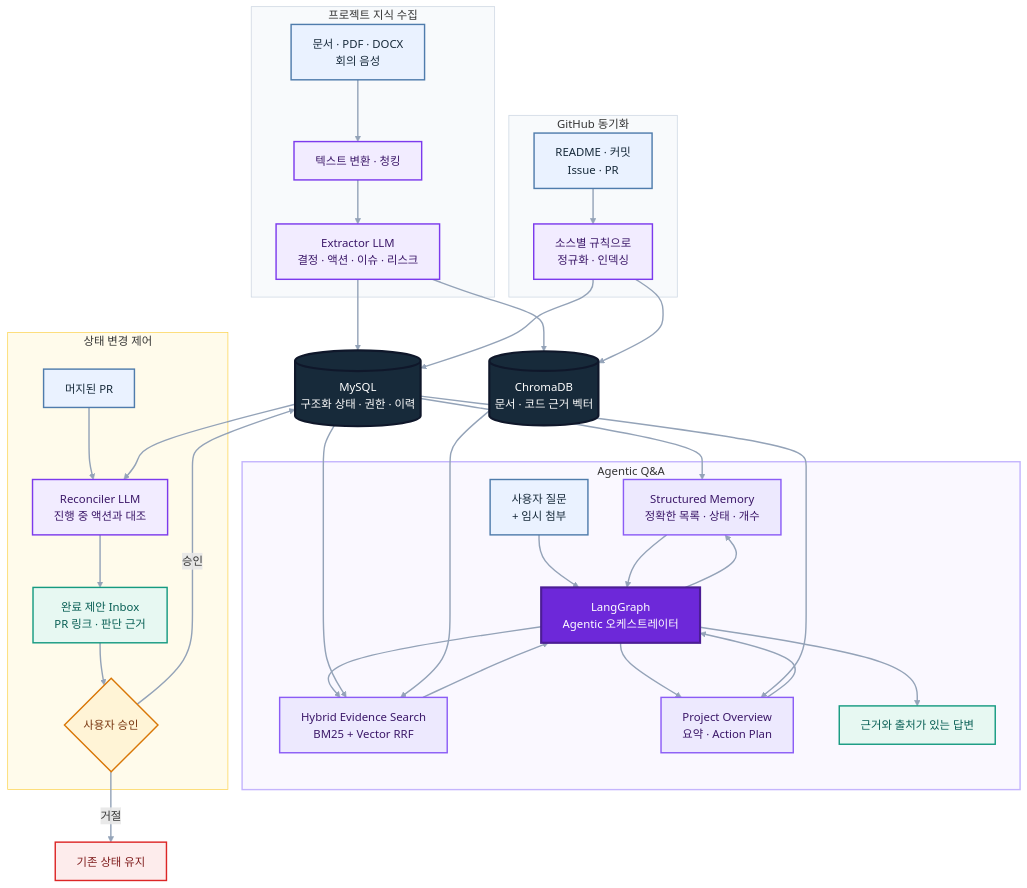
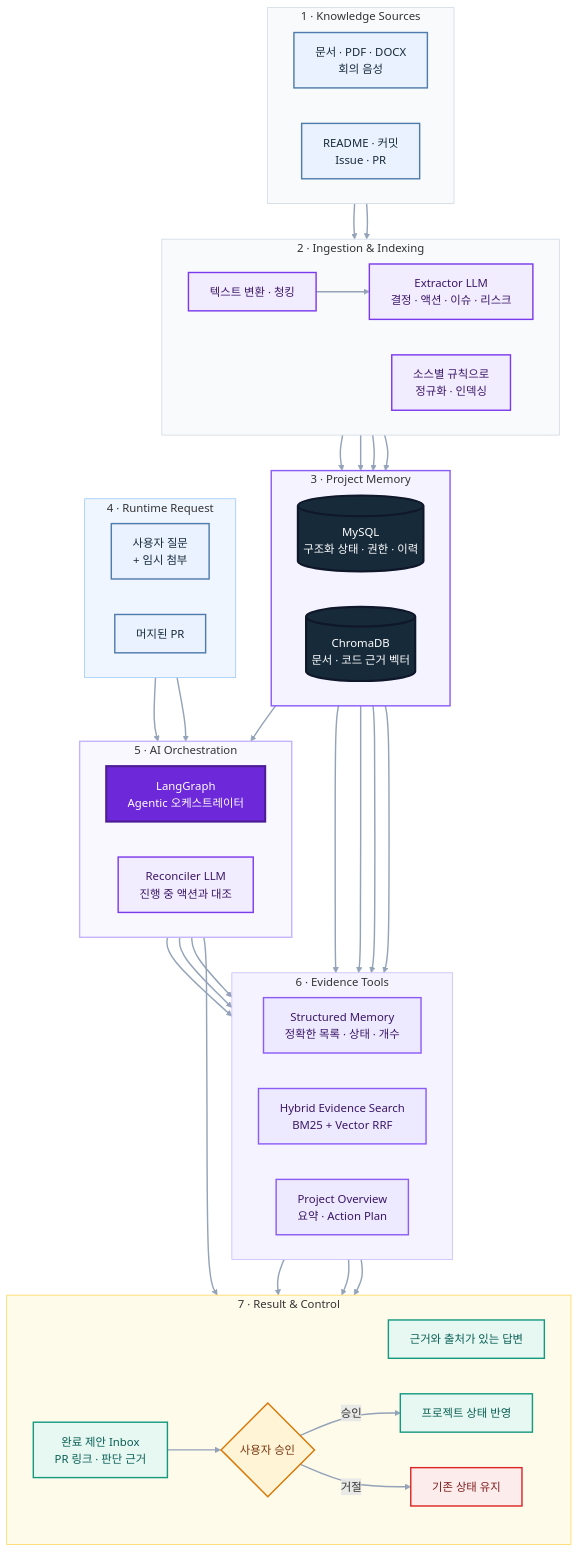
One commit to SKNETWORKS-FAMILY-AICAMP/SKN30-4th-1Team changed the second of 2 diagrams in README.md. Above: the diagram before and after it, drawn with Mermaid. The commit also changed other lines of this file, not shown here.

Commit message:
docs: organize diagrams by processing hierarchy

````diff
--- a/README.md
+++ b/README.md
@@ -151,61 +166,72 @@
 ```mermaid
 flowchart TB
-    subgraph Ingestion["프로젝트 지식 수집"]
+    subgraph Inputs["1 · Knowledge Sources"]
+        direction LR
         INPUT["문서 · PDF · DOCX<br/>회의 음성"]
+        REPO["README · 커밋<br/>Issue · PR"]
+    end
+
+    subgraph Ingestion["2 · Ingestion & Indexing"]
+        direction LR
         CONVERT["텍스트 변환 · 청킹"]
         EXTRACT["Extractor LLM<br/>결정 · 액션 · 이슈 · 리스크"]
-        INPUT --> CONVERT --> EXTRACT
+        INDEX["소스별 규칙으로<br/>정규화 · 인덱싱"]
     end
 
-    subgraph GitHub["GitHub 동기화"]
-        REPO["README · 커밋<br/>Issue · PR"]
-        INDEX["소스별 규칙으로<br/>정규화 · 인덱싱"]
-        REPO --> INDEX
+    INPUT --> CONVERT --> EXTRACT
+    REPO --> INDEX
+
+    subgraph Storage["3 · Project Memory"]
+        direction LR
+        MYSQL[("MySQL<br/>구조화 상태 · 권한 · 이력")]
+        CHROMA[("ChromaDB<br/>문서 · 코드 근거 벡터")]
     end
 
-    MYSQL[("MySQL<br/>구조화 상태 · 권한 · 이력")]
-    CHROMA[("ChromaDB<br/>문서 · 코드 근거 벡터")]
+    EXTRACT --> MYSQL & CHROMA
+    INDEX --> MYSQL & CHROMA
 
-    EXTRACT --> MYSQL
-    EXTRACT --> CHROMA
-    INDEX --> MYSQL
-    INDEX --> CHROMA
+    subgraph Request["4 · Runtime Request"]
+        direction LR
+        QUESTION["사용자 질문<br/>+ 임시 첨부"]
+        MERGED["머지된 PR"]
+    end
 
-    subgraph QA["Agentic Q&A"]
-        QUESTION["사용자 질문<br/>+ 임시 첨부"]
+    subgraph Orchestration["5 · AI Orchestration"]
+        direction LR
         AGENT["LangGraph<br/>Agentic 오케스트레이터"]
+        RECONCILER["Reconciler LLM<br/>진행 중 액션과 대조"]
+    end
+
+    QUESTION --> AGENT
+    MERGED --> RECONCILER
+
+    subgraph Tools["6 · Evidence Tools"]
+        direction LR
         SQL_TOOL["Structured Memory<br/>정확한 목록 · 상태 · 개수"]
         SEARCH_TOOL["Hybrid Evidence Search<br/>BM25 + Vector RRF"]
         OVERVIEW_TOOL["Project Overview<br/>요약 · Action Plan"]
-        ANSWER["근거와 출처가 있는 답변"]
-
-        QUESTION --> AGENT
-        AGENT --> SQL_TOOL
-        AGENT --> SEARCH_TOOL
-        AGENT --> OVERVIEW_TOOL
-        SQL_TOOL --> AGENT
-        SEARCH_TOOL --> AGENT
-        OVERVIEW_TOOL --> AGENT
-        AGENT --> ANSWER
     end
 
-    MYSQL --> SQL_TOOL
-    MYSQL --> OVERVIEW_TOOL
-    MYSQL --> SEARCH_TOOL
+    AGENT --> SQL_TOOL & SEARCH_TOOL & OVERVIEW_TOOL
+    MYSQL --> SQL_TOOL & SEARCH_TOOL & OVERVIEW_TOOL
     CHROMA --> SEARCH_TOOL
+    MYSQL --> RECONCILER
 
-    subgraph Reconciler["상태 변경 제어"]
-        MERGED["머지된 PR"]
-        MATCH["Reconciler LLM<br/>진행 중 액션과 대조"]
+    subgraph Results["7 · Result & Control"]
+        direction LR
+        ANSWER["근거와 출처가 있는 답변"]
         INBOX["완료 제안 Inbox<br/>PR 링크 · 판단 근거"]
         APPROVAL{"사용자 승인"}
-
-        MERGED --> MATCH --> INBOX --> APPROVAL
+        APPLY["프로젝트 상태 반영"]
+        KEEP["기존 상태 유지"]
     end
 
-    MYSQL --> MATCH
-    APPROVAL -->|승인| MYSQL
-    APPROVAL -->|거절| KEEP["기존 상태 유지"]
+    SQL_TOOL --> ANSWER
+    SEARCH_TOOL --> ANSWER
+    OVERVIEW_TOOL --> ANSWER
+    RECONCILER --> INBOX --> APPROVAL
+    APPROVAL -->|승인| APPLY
+    APPROVAL -->|거절| KEEP
 
     classDef input fill:#EAF2FF,stroke:#4F7CAC,color:#172A3A,stroke-width:2px
     classDef transform fill:#F2ECFF,stroke:#7C3AED,color:#3B1768,stroke-width:2px
@@ -217,17 +243,20 @@
     classDef reject fill:#FDECEC,stroke:#DC2626,color:#7F1D1D,stroke-width:2px
 
     class INPUT,REPO,QUESTION,MERGED input
-    class CONVERT,EXTRACT,INDEX,MATCH transform
+    class CONVERT,EXTRACT,INDEX,RECONCILER transform
     class MYSQL,CHROMA datastore
     class AGENT agent
     class SQL_TOOL,SEARCH_TOOL,OVERVIEW_TOOL tool
-    class ANSWER,INBOX success
+    class ANSWER,INBOX,APPLY success
     class APPROVAL approval
     class KEEP reject
 
+    style Inputs fill:#F8FAFC,stroke:#CBD5E1,stroke-width:1px
     style Ingestion fill:#F8FAFC,stroke:#CBD5E1,stroke-width:1px
-    style GitHub fill:#F8FAFC,stroke:#CBD5E1,stroke-width:1px
-    style QA fill:#FAF8FF,stroke:#C4B5FD,stroke-width:2px
-    style Reconciler fill:#FFFBEB,stroke:#FCD34D,stroke-width:1px
+    style Storage fill:#F5F3FF,stroke:#8B5CF6,stroke-width:2px
+    style Request fill:#EFF6FF,stroke:#93C5FD,stroke-width:1px
+    style Orchestration fill:#FAF8FF,stroke:#C4B5FD,stroke-width:2px
+    style Tools fill:#F5F3FF,stroke:#C4B5FD,stroke-width:1px
+    style Results fill:#FFFBEB,stroke:#FCD34D,stroke-width:1px
     linkStyle default stroke:#94A3B8,stroke-width:2px
 ```
````
